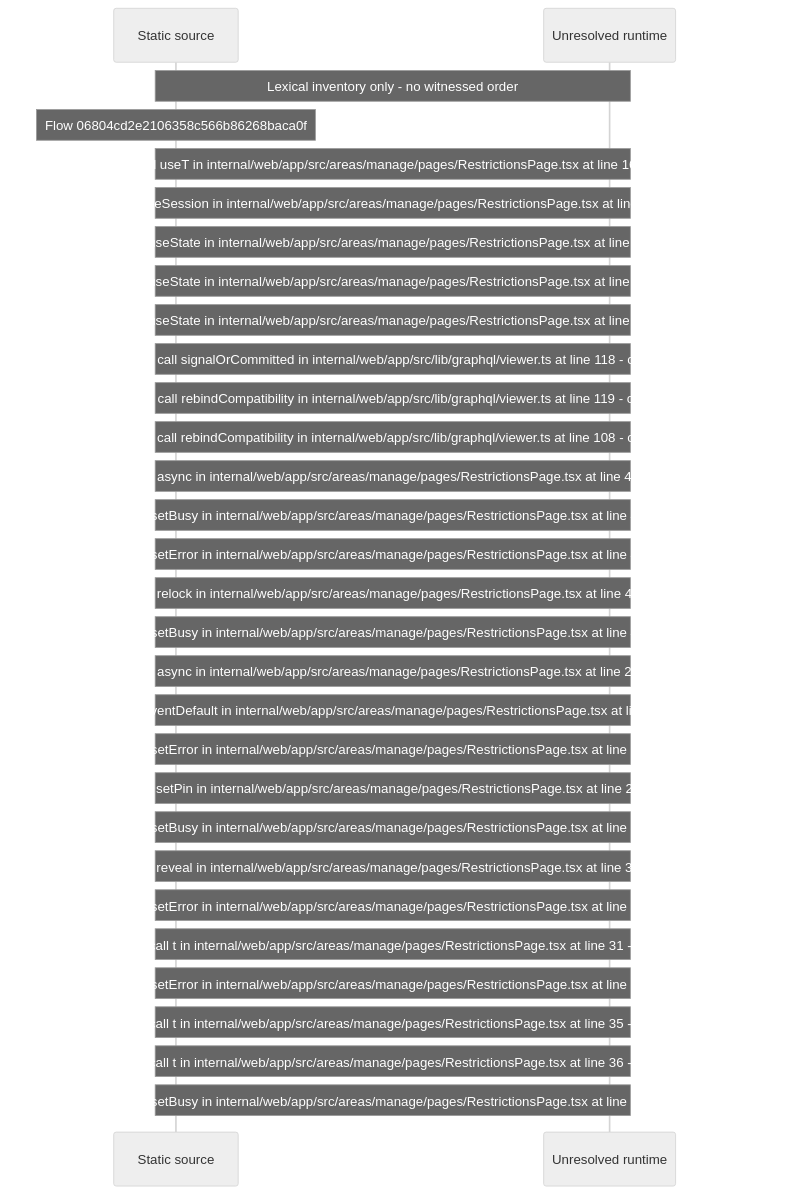
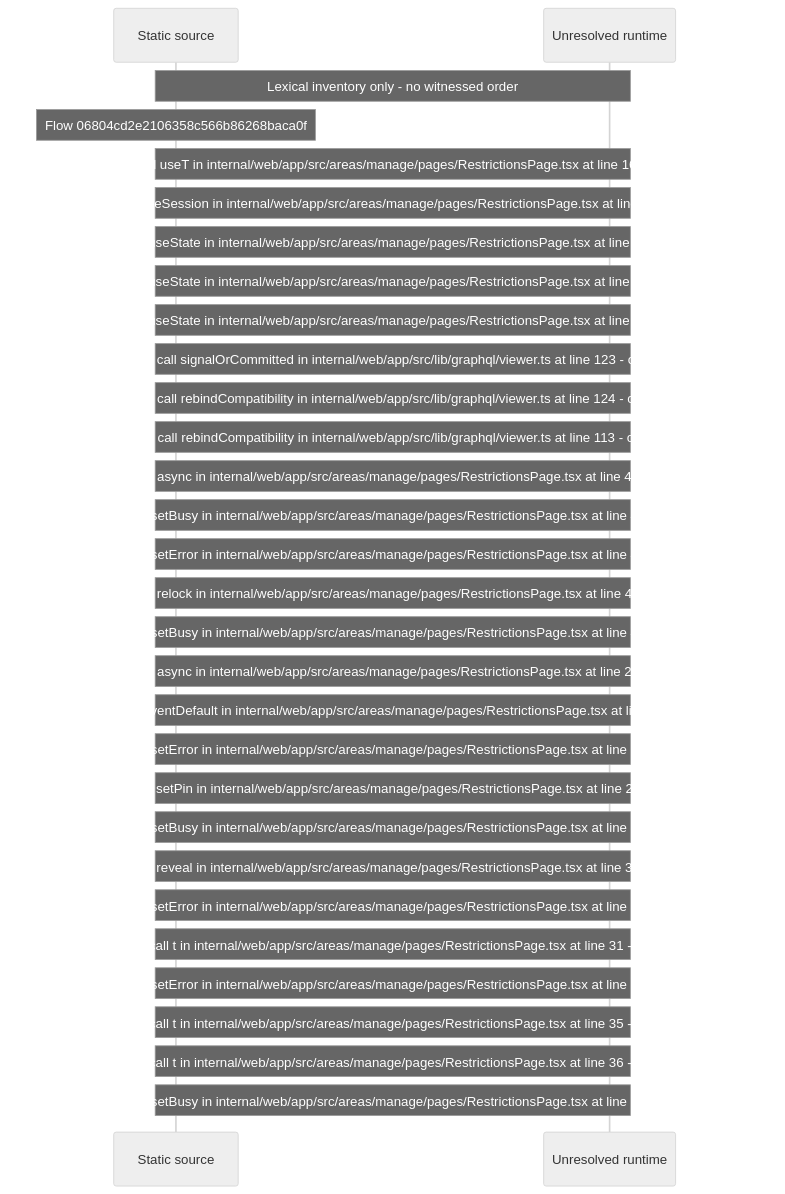
One commit to beamfall/core changed the diagram in docs/web/flows/generated/06804cd2e2106358c566b86268baca0f/flow-diagram.md. Above: the diagram before and after it, drawn with Mermaid (neutral theme). The commit also changed other lines of this file and 714 other files, not shown here.

Commit message:
Regenerate the web flow record on the batch 5 head (CORE-1762)

````diff
--- a/docs/web/flows/generated/06804cd2e2106358c566b86268baca0f/flow-diagram.md
+++ b/docs/web/flows/generated/06804cd2e2106358c566b86268baca0f/flow-diagram.md
@@ -10,32 +10,32 @@
 ```mermaid
 sequenceDiagram
     participant S as Static source
     participant U as Unresolved runtime
     Note over S,U: Lexical inventory only - no witnessed order
     Note over S: Flow 06804cd2e2106358c566b86268baca0f
     Note over S,U: Source contains call useT in internal/web/app/src/areas/manage/pages/RestrictionsPage.tsx at line 16 - order unresolved
     Note over S,U: Source contains call useSession in internal/web/app/src/areas/manage/pages/RestrictionsPage.tsx at line 17 - order unresolved
     Note over S,U: Source contains call useState in internal/web/app/src/areas/manage/pages/RestrictionsPage.tsx at line 18 - order unresolved
     Note over S,U: Source contains call useState in internal/web/app/src/areas/manage/pages/RestrictionsPage.tsx at line 19 - order unresolved
     Note over S,U: Source contains call useState in internal/web/app/src/areas/manage/pages/RestrictionsPage.tsx at line 20 - order unresolved
-    Note over S,U: Source contains call signalOrCommitted in internal/web/app/src/lib/graphql/viewer.ts at line 118 - order unresolved
-    Note over S,U: Source contains call rebindCompatibility in internal/web/app/src/lib/graphql/viewer.ts at line 119 - order unresolved
-    Note over S,U: Source contains call rebindCompatibility in internal/web/app/src/lib/graphql/viewer.ts at line 108 - order unresolved
+    Note over S,U: Source contains call signalOrCommitted in internal/web/app/src/lib/graphql/viewer.ts at line 123 - order unresolved
+    Note over S,U: Source contains call rebindCompatibility in internal/web/app/src/lib/graphql/viewer.ts at line 124 - order unresolved
+    Note over S,U: Source contains call rebindCompatibility in internal/web/app/src/lib/graphql/viewer.ts at line 113 - order unresolved
     Note over S,U: Source contains call async in internal/web/app/src/areas/manage/pages/RestrictionsPage.tsx at line 43 - order unresolved
     Note over S,U: Source contains call setBusy in internal/web/app/src/areas/manage/pages/RestrictionsPage.tsx at line 44 - order unresolved
     Note over S,U: Source contains call setError in internal/web/app/src/areas/manage/pages/RestrictionsPage.tsx at line 45 - order unresolved
     Note over S,U: Source contains call relock in internal/web/app/src/areas/manage/pages/RestrictionsPage.tsx at line 47 - order unresolved
     Note over S,U: Source contains call setBusy in internal/web/app/src/areas/manage/pages/RestrictionsPage.tsx at line 49 - order unresolved
     Note over S,U: Source contains call async in internal/web/app/src/areas/manage/pages/RestrictionsPage.tsx at line 22 - order unresolved
     Note over S,U: Source contains call preventDefault in internal/web/app/src/areas/manage/pages/RestrictionsPage.tsx at line 23 - order unresolved
     Note over S,U: Source contains call setError in internal/web/app/src/areas/manage/pages/RestrictionsPage.tsx at line 24 - order unresolved
     Note over S,U: Source contains call setPin in internal/web/app/src/areas/manage/pages/RestrictionsPage.tsx at line 26 - order unresolved
     Note over S,U: Source contains call setBusy in internal/web/app/src/areas/manage/pages/RestrictionsPage.tsx at line 28 - order unresolved
     Note over S,U: Source contains call reveal in internal/web/app/src/areas/manage/pages/RestrictionsPage.tsx at line 30 - order unresolved
     Note over S,U: Source contains call setError in internal/web/app/src/areas/manage/pages/RestrictionsPage.tsx at line 31 - order unresolved
     Note over S,U: Source contains call t in internal/web/app/src/areas/manage/pages/RestrictionsPage.tsx at line 31 - order unresolved
     Note over S,U: Source contains call setError in internal/web/app/src/areas/manage/pages/RestrictionsPage.tsx at line 33 - order unresolved
     Note over S,U: Source contains call t in internal/web/app/src/areas/manage/pages/RestrictionsPage.tsx at line 35 - order unresolved
     Note over S,U: Source contains call t in internal/web/app/src/areas/manage/pages/RestrictionsPage.tsx at line 36 - order unresolved
     Note over S,U: Source contains call setBusy in internal/web/app/src/areas/manage/pages/RestrictionsPage.tsx at line 39 - order unresolved
 ```
````
